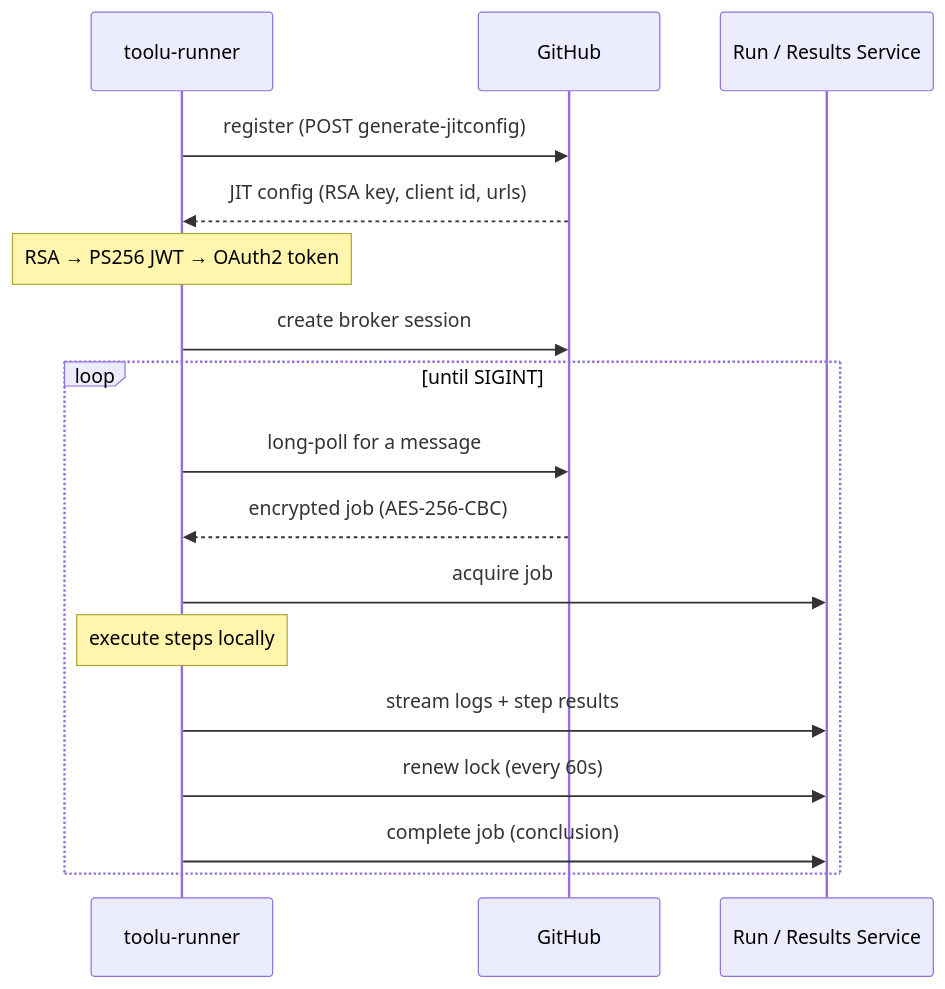
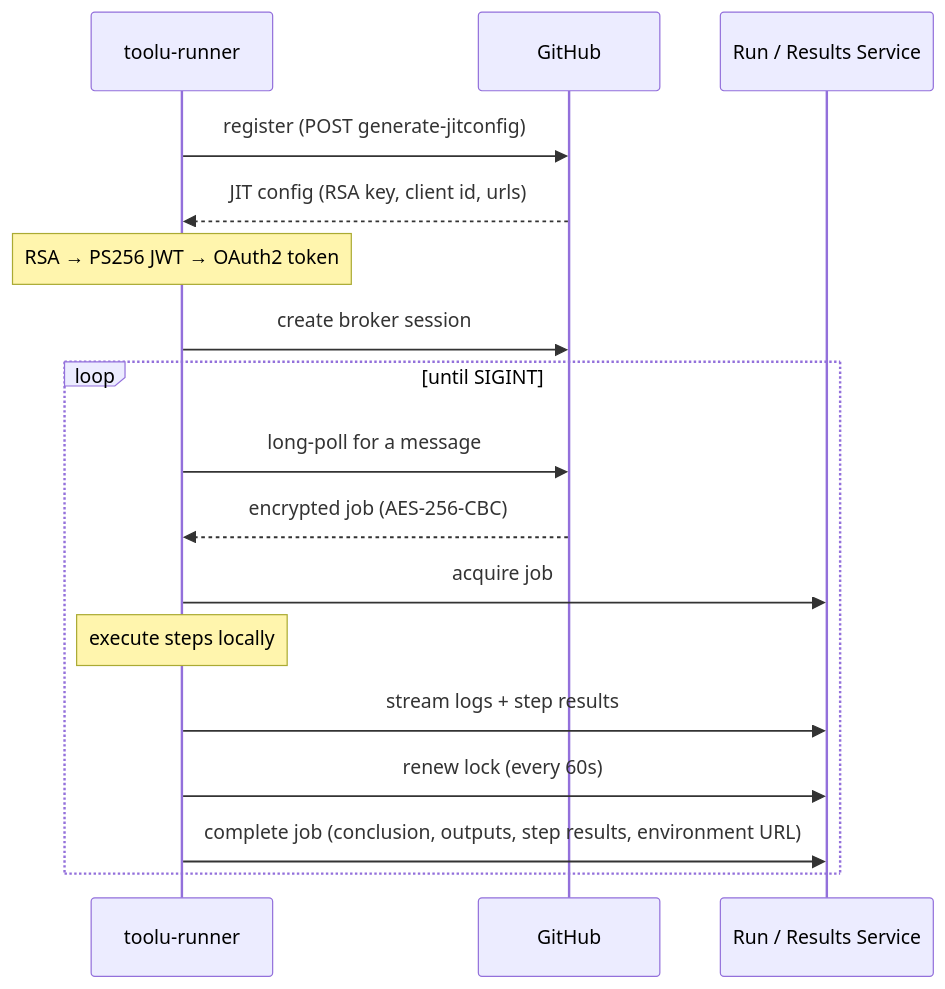
The diagram in README.md (Falconiere/toolu-ghrunner), drawn with Mermaid before and after one commit. The commit also changed other lines of this file and 118 other files, not shown here.

First line of the commit message:
feat(reporting): CompleteJob/StepResult payload parity (#88) (#164)

````diff
--- a/README.md
+++ b/README.md
@@ -152,20 +152,20 @@
 ```mermaid
 sequenceDiagram
     participant R as toolu-runner
     participant GH as GitHub
     participant RS as Run / Results Service
 
     R->>GH: register (POST generate-jitconfig)
     GH-->>R: JIT config (RSA key, client id, urls)
     Note over R: RSA → PS256 JWT → OAuth2 token
     R->>GH: create broker session
     loop until SIGINT
         R->>GH: long-poll for a message
         GH-->>R: encrypted job (AES-256-CBC)
         R->>RS: acquire job
         Note over R: execute steps locally
         R->>RS: stream logs + step results
         R->>RS: renew lock (every 60s)
-        R->>RS: complete job (conclusion)
+        R->>RS: complete job (conclusion, outputs, step results, environment URL)
     end
 ```
````
